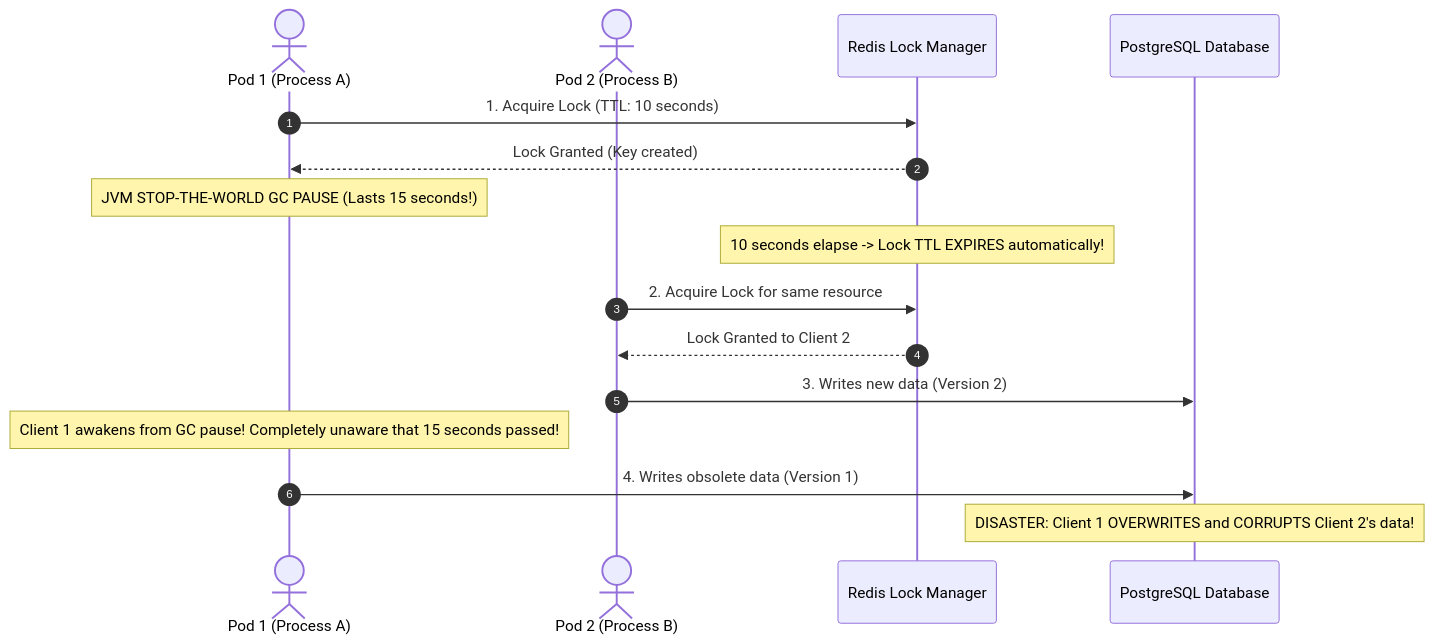
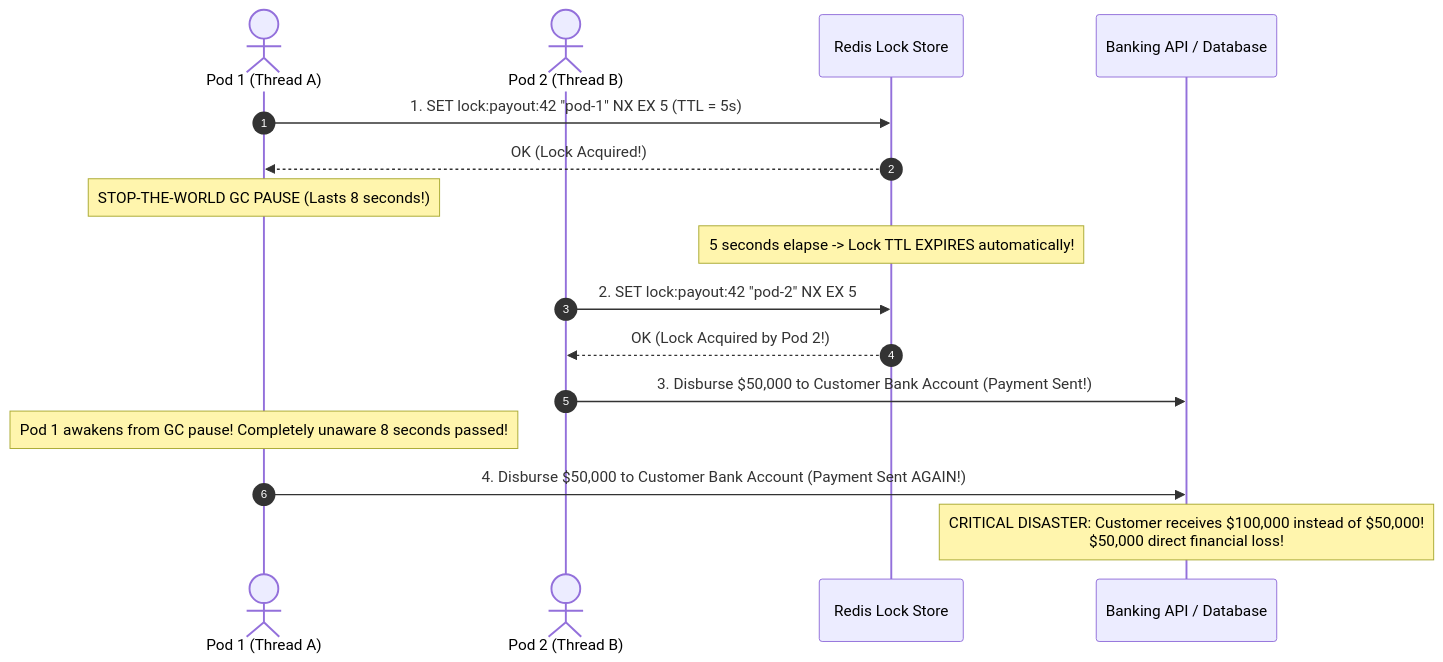
Before and after one commit to weaponxwolf/backend-engineering-mastry: the second of 7 diagrams in docs/system-design/distributed-locks-consensus.mdx, drawn with Mermaid. The commit also changed other lines of this file and 15 other files, not shown here.

````diff
--- a/docs/system-design/distributed-locks-consensus.mdx
+++ b/docs/system-design/distributed-locks-consensus.mdx
@@ -31,22 +89,23 @@
 ```mermaid
 sequenceDiagram
     autonumber
-    actor Client1 as Pod 1 (Process A)
-    actor Client2 as Pod 2 (Process B)
-    participant LockServer as Redis Lock Manager
-    participant DB as PostgreSQL Database
+    actor Pod1 as Pod 1 (Thread A)
+    actor Pod2 as Pod 2 (Thread B)
+    participant Redis as Redis Lock Store
+    participant Bank as Banking API / Database
 
-    Client1->>LockServer: 1. Acquire Lock (TTL: 10 seconds)
-    LockServer-->>Client1: Lock Granted (Key created)
+    Pod1->>Redis: 1. SET lock:payout:42 "pod-1" NX EX 5 (TTL = 5s)
+    Redis-->>Pod1: OK (Lock Acquired!)
+
+    Note over Pod1: STOP-THE-WORLD GC PAUSE (Lasts 8 seconds!)
+    Note over Redis: 5 seconds elapse -> Lock TTL EXPIRES automatically!
+
+    Pod2->>Redis: 2. SET lock:payout:42 "pod-2" NX EX 5
+    Redis-->>Pod2: OK (Lock Acquired by Pod 2!)
+    Pod2->>Bank: 3. Disburse $50,000 to Customer Bank Account (Payment Sent!)
+
+    Note over Pod1: Pod 1 awakens from GC pause! Completely unaware 8 seconds passed!
+    Pod1->>Bank: 4. Disburse $50,000 to Customer Bank Account (Payment Sent AGAIN!)
     
-    Note over Client1: JVM STOP-THE-WORLD GC PAUSE (Lasts 15 seconds!)
-    Note over LockServer: 10 seconds elapse -> Lock TTL EXPIRES automatically!
-    
-    Client2->>LockServer: 2. Acquire Lock for same resource
-    LockServer-->>Client2: Lock Granted to Client 2
-    Client2->>DB: 3. Writes new data (Version 2)
-    
-    Note over Client1: Client 1 awakens from GC pause! Completely unaware that 15 seconds passed!
-    Client1->>DB: 4. Writes obsolete data (Version 1)
-    Note over DB: DISASTER: Client 1 OVERWRITES and CORRUPTS Client 2's data!
+    Note over Bank: CRITICAL DISASTER: Customer receives $100,000 instead of $50,000!<br/>$50,000 direct financial loss!
 ```
````
